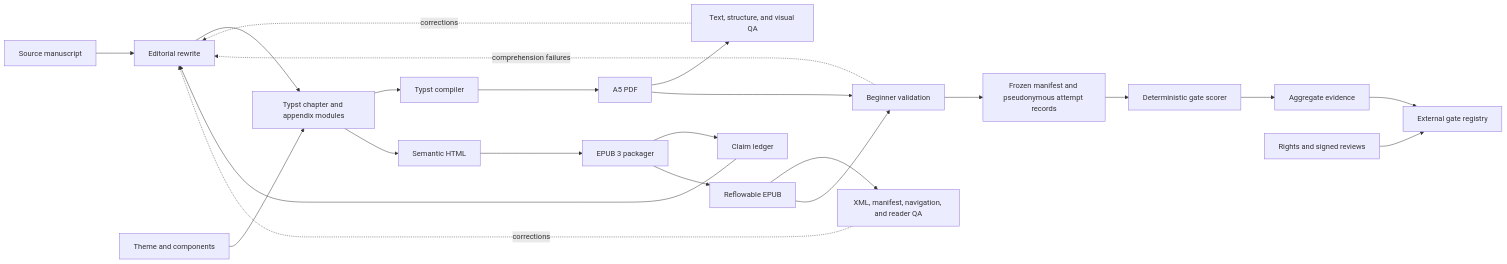
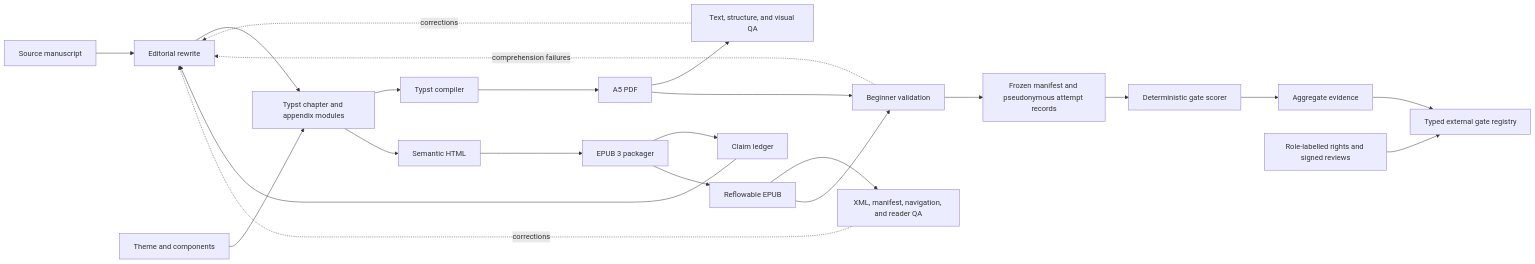
Before and after one commit to streamentry/streamentry: the fifth of 5 diagrams in AGENTS.md, drawn with Mermaid. The commit also changed other lines of this file and 32 other files, not shown here.

````diff
--- a/AGENTS.md
+++ b/AGENTS.md
@@ -149,25 +150,25 @@
 ```mermaid
 flowchart LR
   S["Source manuscript"] --> E["Editorial rewrite"]
   P["Primary texts and editions"] --> L["Claim ledger"]
   L --> E
   E --> T["Typst chapter and appendix modules"]
   Y["Theme and components"] --> T
   T --> C["Typst compiler"]
   C --> D["A5 PDF"]
   T --> H["Semantic HTML"]
   H --> P["EPUB 3 packager"]
   P --> U["Reflowable EPUB"]
   D --> Q["Text, structure, and visual QA"]
   U --> V["XML, manifest, navigation, and reader QA"]
   D --> B["Beginner validation"]
   U --> B
   B --> R["Frozen manifest and pseudonymous attempt records"]
   R --> SC["Deterministic gate scorer"]
   SC --> AE["Aggregate evidence"]
-  AE --> X["External gate registry"]
-  ER["Rights and signed reviews"] --> X
+  AE --> X["Typed external gate registry"]
+  ER["Role-labelled rights and signed reviews"] --> X
   Q -. "corrections" .-> E
   V -. "corrections" .-> E
   B -. "comprehension failures" .-> E
 ```
````
